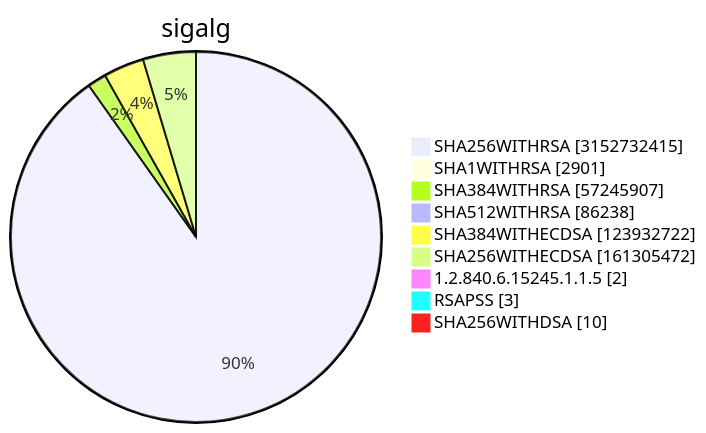
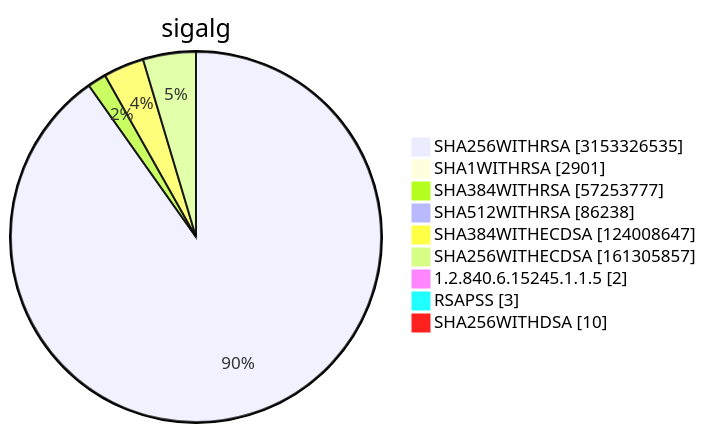
One commit to christiankrug/ctmonitor_visualization changed diagram 15 of 15 in TOTAL/README.md. Above: the diagram before and after it, drawn with Mermaid. The commit also changed other lines of this file, not shown here.

````diff
--- a/TOTAL/README.md
+++ b/TOTAL/README.md
@@ -6213,13 +6213,13 @@
 ```mermaid
 pie showData
 title sigalg
-"SHA256WITHRSA" :3152732415
+"SHA256WITHRSA" :3153326535
 "SHA1WITHRSA" :2901
-"SHA384WITHRSA" :57245907
+"SHA384WITHRSA" :57253777
 "SHA512WITHRSA" :86238
-"SHA384WITHECDSA" :123932722
-"SHA256WITHECDSA" :161305472
+"SHA384WITHECDSA" :124008647
+"SHA256WITHECDSA" :161305857
 "1.2.840.6.15245.1.1.5" :2
 "RSAPSS" :3
 "SHA256WITHDSA" :10
 ```
````
